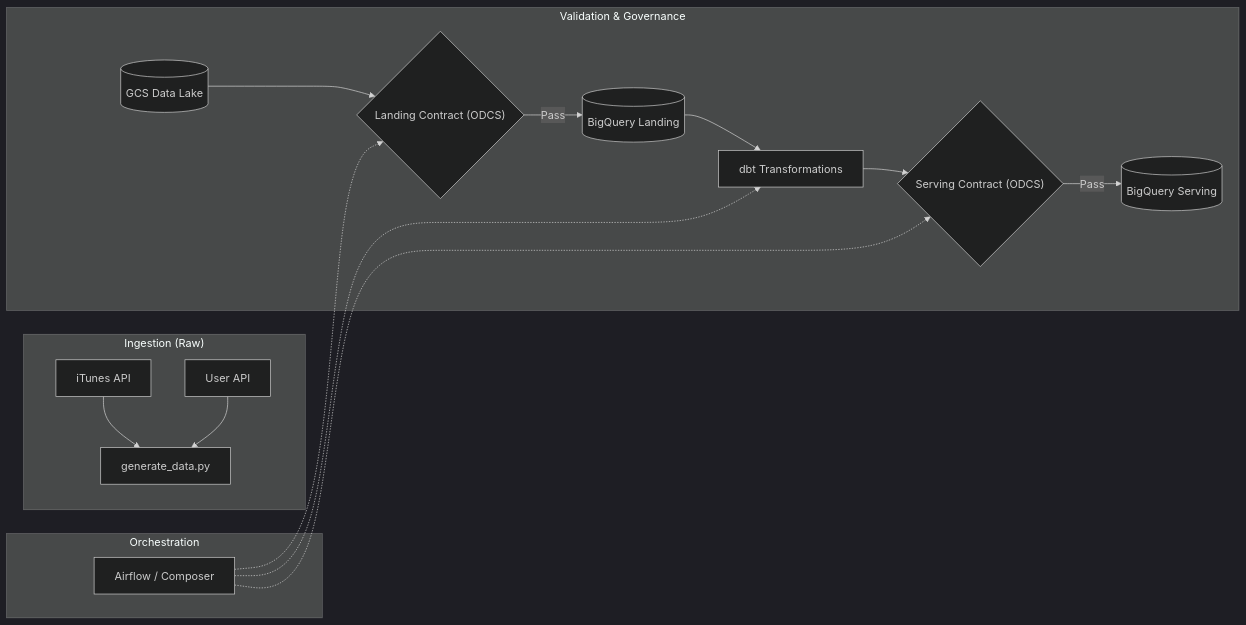
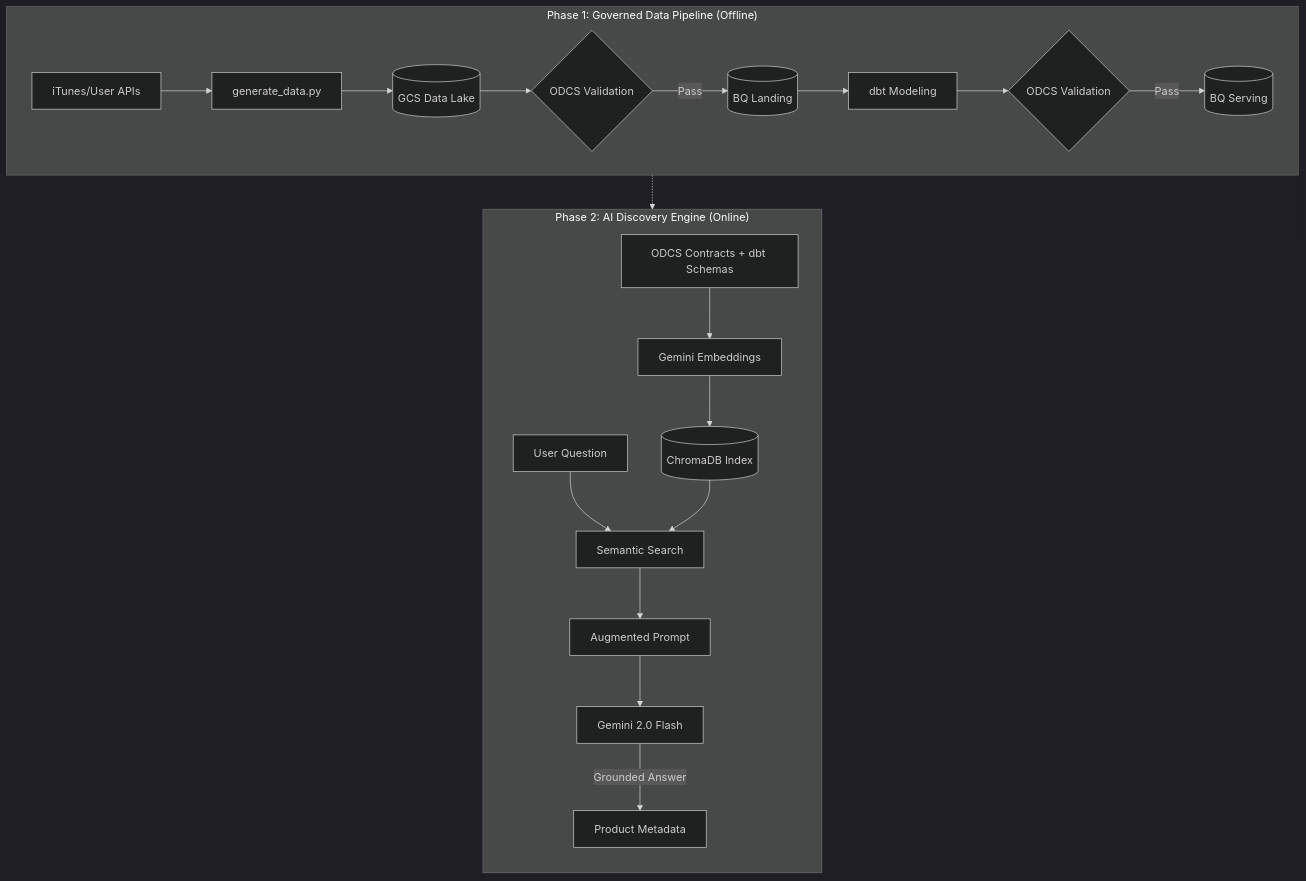
One commit to Chugh-Gourav/deftunes_data_engineering_rag_capstone changed the diagram in README.md. Above: the diagram before and after it, drawn with Mermaid (dark theme). The commit also changed other lines of this file, not shown here.

Commit message:
docs: integrated RAG flow into unified architecture diagram

````diff
--- a/README.md
+++ b/README.md
@@ -23,22 +23,27 @@
 ```mermaid
-flowchart LR
-    subgraph "Ingestion (Raw)"
-        A["iTunes API"] --> C["generate_data.py"]
-        B["User API"] --> C
+flowchart TD
+    subgraph "Phase 1: Governed Data Pipeline (Offline)"
+        direction LR
+        A["iTunes/User APIs"] --> B["generate_data.py"]
+        B --> C[("GCS Data Lake")]
+        C --> D{"ODCS Validation"}
+        D -- "Pass" --> E[("BQ Landing")]
+        E --> F["dbt Modeling"]
+        F --> G{"ODCS Validation"}
+        G -- "Pass" --> H[("BQ Serving")]
     end
-    
-    subgraph "Validation & Governance"
-        D[("GCS Data Lake")] --> E{"Landing Contract (ODCS)"}
-        E -- "Pass" --> F[("BigQuery Landing")]
-        F --> G["dbt Transformations"]
-        G --> H{"Serving Contract (ODCS)"}
-        H -- "Pass" --> I[("BigQuery Serving")]
+
+    subgraph "Phase 2: AI Discovery Engine (Online)"
+        direction TB
+        I["ODCS Contracts + dbt Schemas"] --> J["Gemini Embeddings"]
+        J --> K[("ChromaDB Index")]
+        
+        L["User Question"] --> M["Semantic Search"]
+        K --> M
+        M --> N["Augmented Prompt"]
+        N --> O["Gemini 2.0 Flash"]
+        O -- "Grounded Answer" --> P["Product Metadata"]
     end
-    
-    subgraph "Orchestration"
-        J["Airflow / Composer"]
-    end
-    J -.-> E
-    J -.-> G
-    J -.-> H
+
+    H -.-> I
 ```
````
